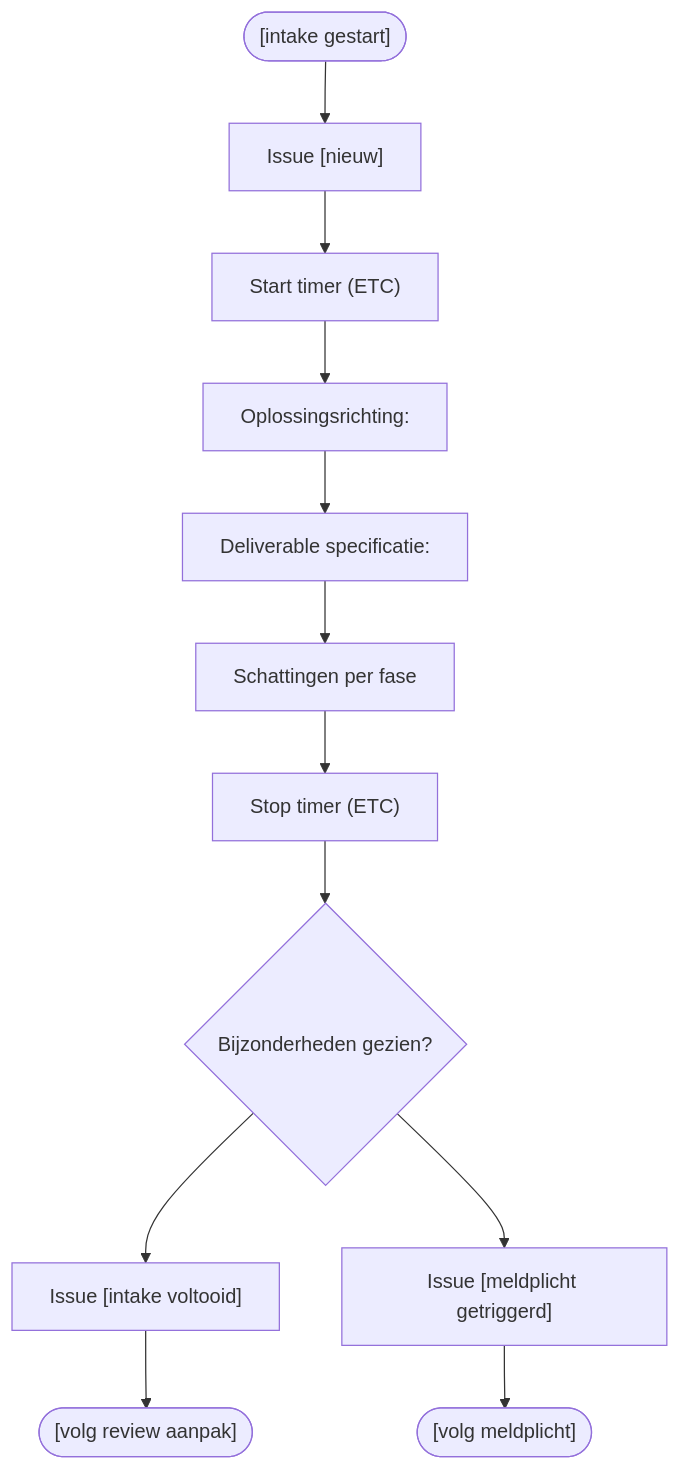
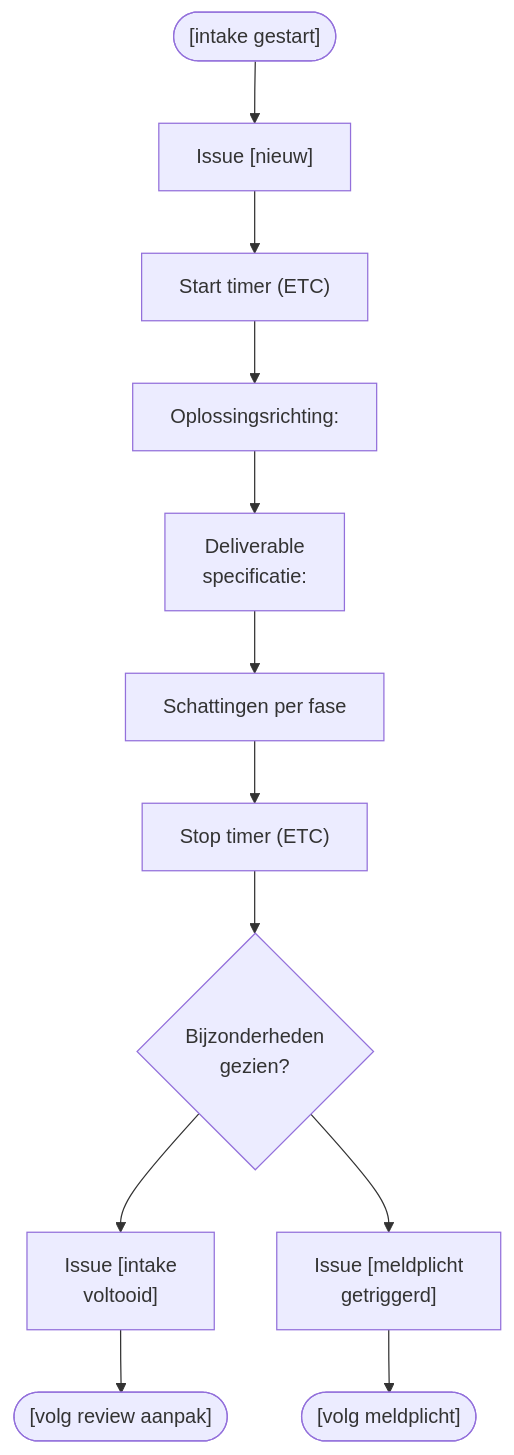
The diagram in 1 Issue Tracker intake.mermaid (Zaibatsu89/IssueTracker), drawn with Mermaid before and after one commit. The commit also changed 14 other files, not shown here.

```diff
--- a/1 Issue Tracker intake.mermaid
+++ b/1 Issue Tracker intake.mermaid
@@ -1,25 +1,25 @@
-%%{init: {'theme': 'default', 'themeVariables': {'fontFamily': 'sans-serif'}, 'flowchart': {'htmlLabels': false}}}%%
+%%{init: {'theme': 'default', 'themeVariables': {'fontFamily': 'sans-serif'}, 'flowchart': {'htmlLabels': true}}}%%
 flowchart TD
     bpmn_start_event(["[intake gestart]"])
     bpmn_task_nieuw["Issue [nieuw]"]
     bpmn_task_start_timer["Start timer (ETC)"]
     bpmn_task_oplossingsrichting["Oplossingsrichting:"]
-    bpmn_task_deliverables["Deliverable specificatie:"]
+    bpmn_task_deliverables["Deliverable<br>specificatie:"]
     bpmn_task_planning["Schattingen per fase"]
     bpmn_task_stop_timer["Stop timer (ETC)"]
-    bpmn_gateway_bijzonderheden{"Bijzonderheden gezien?"}
-    bpmn_task_intake_voltooid["Issue [intake voltooid]"]
+    bpmn_gateway_bijzonderheden{"Bijzonderheden<br>gezien?"}
+    bpmn_task_intake_voltooid["Issue [intake<br>voltooid]"]
     bpmn_end_aanpak(["[volg review aanpak]"])
-    bpmn_task_meldplicht_getriggerd["Issue [meldplicht getriggerd]"]
+    bpmn_task_meldplicht_getriggerd["Issue [meldplicht<br>getriggerd]"]
     bpmn_end_meldplicht(["[volg meldplicht]"])
     bpmn_start_event --> bpmn_task_nieuw
     bpmn_task_nieuw --> bpmn_task_start_timer
     bpmn_task_start_timer --> bpmn_task_oplossingsrichting
     bpmn_task_oplossingsrichting --> bpmn_task_deliverables
     bpmn_task_deliverables --> bpmn_task_planning
     bpmn_task_planning --> bpmn_task_stop_timer
     bpmn_task_stop_timer --> bpmn_gateway_bijzonderheden
     bpmn_gateway_bijzonderheden --> bpmn_task_intake_voltooid
     bpmn_task_intake_voltooid --> bpmn_end_aanpak
     bpmn_gateway_bijzonderheden --> bpmn_task_meldplicht_getriggerd
     bpmn_task_meldplicht_getriggerd --> bpmn_end_meldplicht
```
